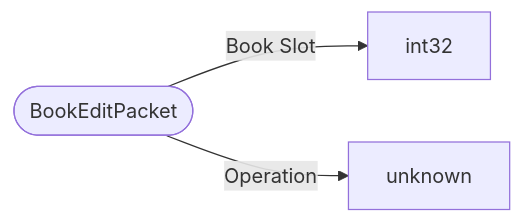
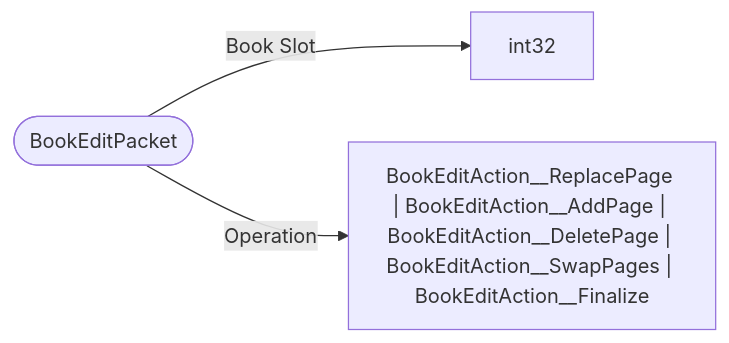
Before and after one commit to bedrock-v/protocol-docs: the diagram in schemas/packets/BookEditPacket.md, drawn with Mermaid. The commit also changed 114 other files, not shown here.

````diff
--- a/schemas/packets/BookEditPacket.md
+++ b/schemas/packets/BookEditPacket.md
@@ -7,6 +7,6 @@
 ```mermaid
 flowchart LR
   ROOT(["BookEditPacket"])
   ROOT -->|"Book Slot"| int32["int32"]
-  ROOT -->|"Operation"| unknown["unknown"]
+  ROOT -->|"Operation"| BookEditAction__ReplacePage___BookEditAction__AddPage___BookEditAction__DeletePage___BookEditAction__SwapPages___BookEditAction__Finalize["BookEditAction__ReplacePage | BookEditAction__AddPage | BookEditAction__DeletePage | BookEditAction__SwapPages | BookEditAction__Finalize"]
 ```
````
